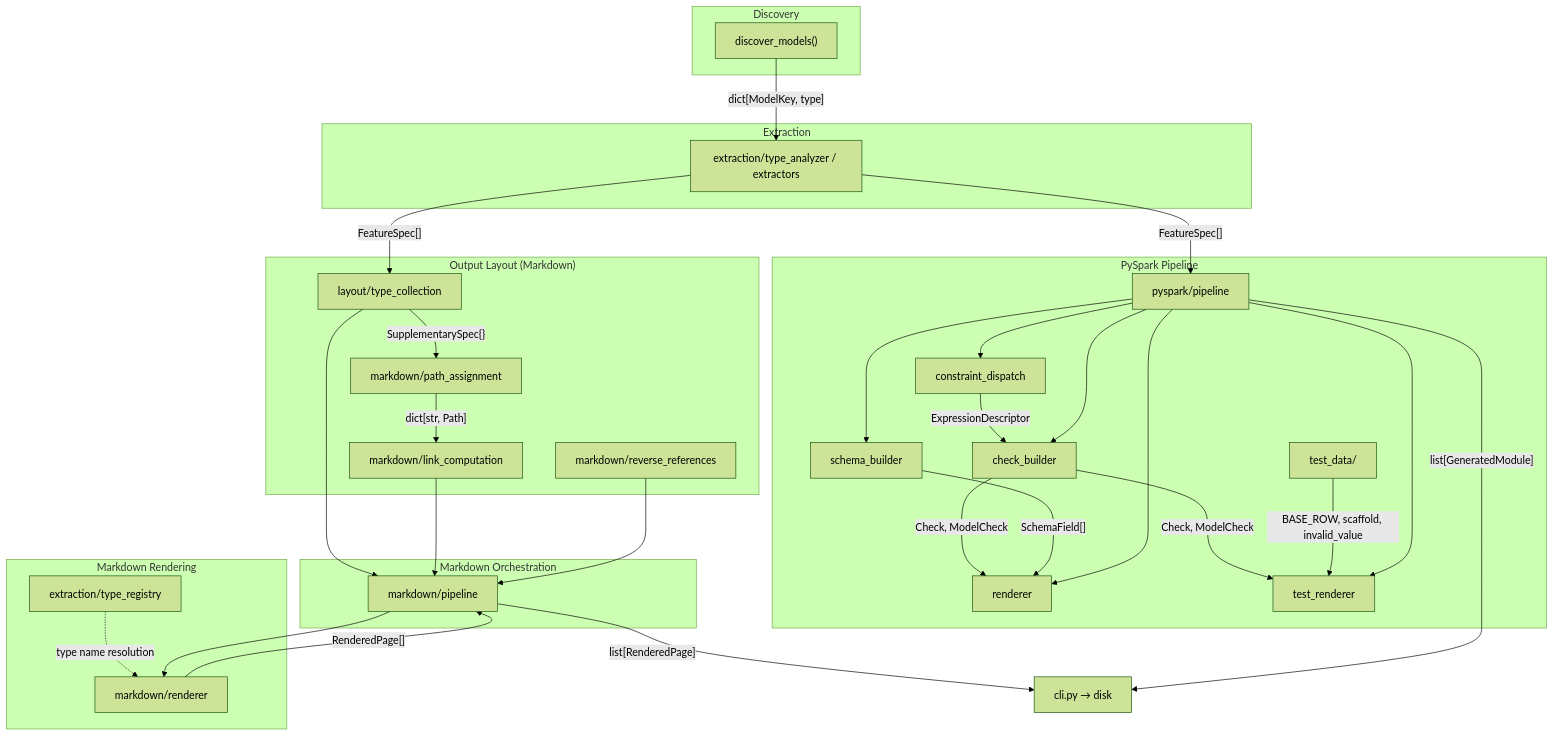
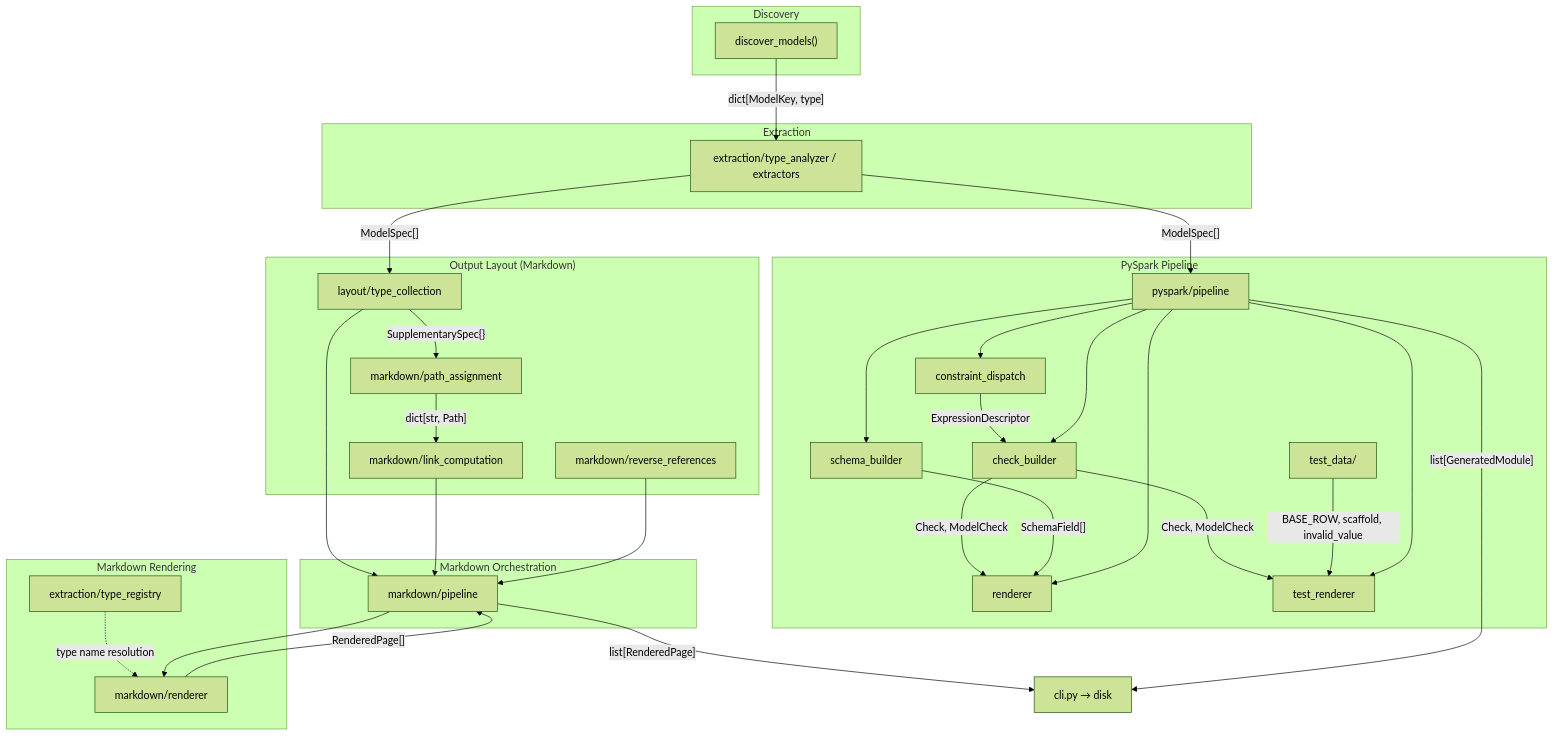
One commit to OvertureMaps/schema changed the diagram in packages/overture-schema-codegen/docs/design.md. Above: the diagram before and after it, drawn with Mermaid (forest theme). The commit also changed other lines of this file and 125 other files, not shown here.

````diff
--- a/packages/overture-schema-codegen/docs/design.md
+++ b/packages/overture-schema-codegen/docs/design.md
@@ -76,57 +76,57 @@
 ```mermaid
 graph TD
     subgraph Discovery
         DM["discover_models()"]
     end
 
     DM -->|"dict[ModelKey, type]"| EX
 
     subgraph Extraction
         EX["extraction/type_analyzer / extractors"]
     end
 
-    EX -->|"FeatureSpec[]"| OL
-    EX -->|"FeatureSpec[]"| PS
+    EX -->|"ModelSpec[]"| OL
+    EX -->|"ModelSpec[]"| PS
 
     subgraph "Output Layout (Markdown)"
         OL["layout/type_collection"]
         OL -->|"SupplementarySpec{}"| PA["markdown/path_assignment"]
         PA -->|"dict[str, Path]"| LC["markdown/link_computation"]
         RR["markdown/reverse_references"]
     end
 
     subgraph "Markdown Rendering"
         R["markdown/renderer"]
         TR["extraction/type_registry"] -.->|"type name resolution"| R
     end
 
     subgraph "Markdown Orchestration"
         MP["markdown/pipeline"]
     end
 
     OL --> MP
     LC --> MP
     RR --> MP
     MP --> R
     R -->|"RenderedPage[]"| MP
 
     subgraph "PySpark Pipeline"
         PS["pyspark/pipeline"]
         CD["constraint_dispatch"] -->|"ExpressionDescriptor"| CB
         CB["check_builder"] -->|"Check, ModelCheck"| PR
         SB["schema_builder"] -->|"SchemaField[]"| PR
         CB -->|"Check, ModelCheck"| PTR
         SY["test_data/"] -->|"BASE_ROW, scaffold, invalid_value"| PTR
         PR["renderer"]
         PTR["test_renderer"]
     end
 
     PS --> CD
     PS --> CB
     PS --> SB
     PS --> PR
     PS --> PTR
 
     MP -->|"list[RenderedPage]"| CLI["cli.py → disk"]
     PS -->|"list[GeneratedModule]"| CLI
 ```
````
